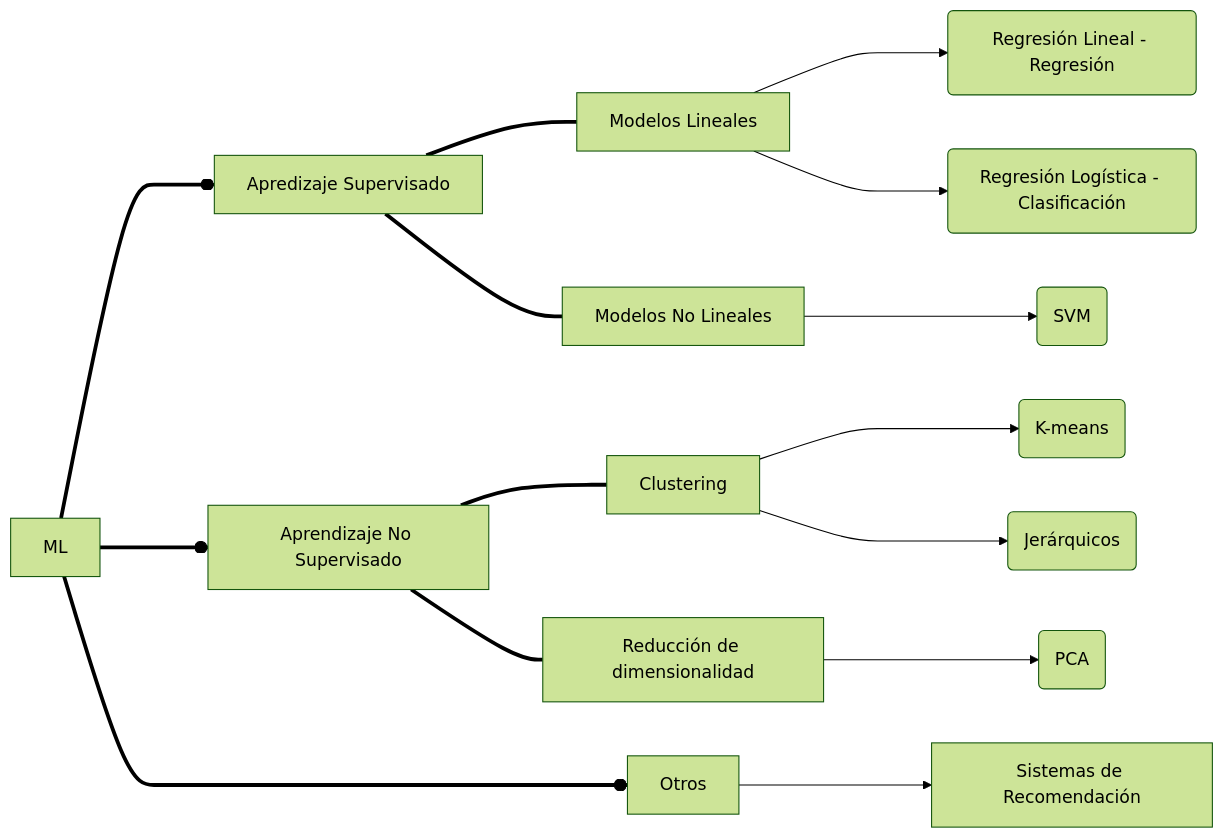
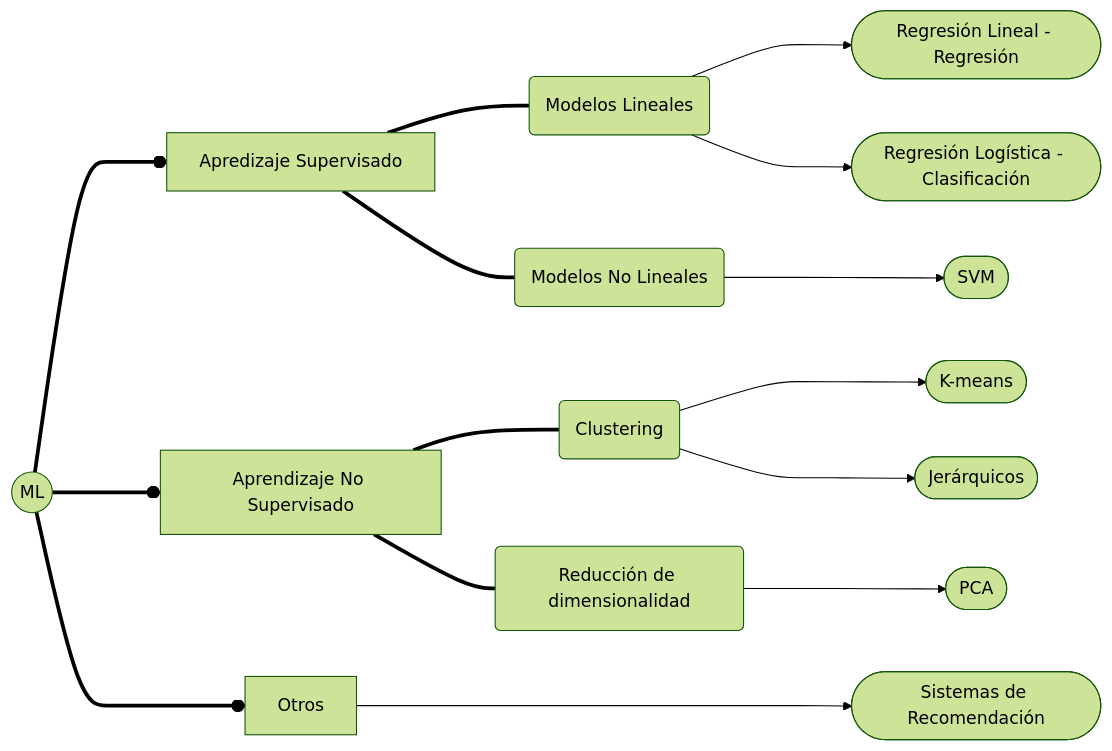
The second of 2 diagrams in 3. ANÁLISIS Y APRENDIZAJE AUTOMÁTICO/3. Machine Learning/1.0 DataScience_&_ML.md (alozk/Master-Big-Data-Analytics), drawn with Mermaid (forest theme) before and after one commit.

Commit message:
Update 1.0 DataScience_&_ML.md

````diff
--- a/3. ANÁLISIS Y APRENDIZAJE AUTOMÁTICO/3. Machine Learning/1.0 DataScience_&_ML.md
+++ b/3. ANÁLISIS Y APRENDIZAJE AUTOMÁTICO/3. Machine Learning/1.0 DataScience_&_ML.md
@@ -73,17 +73,17 @@
 ```mermaid
 flowchart LR
-a[ML] ===o b[Apredizaje Supervisado];
-a[ML] ===o c[Apredizaje No Supervisado];
-c[Aprendizaje No Supervisado] === d[Clustering];
-c[Aprendizaje No Supervisado] === e[Reducción de dimensionalidad];
-a[ML] ====o f[Otros];
-f[Otros] ---> g[Sistemas de Recomendación];
-b[Apredizaje Supervisado] === h[Modelos Lineales]
-b[Apredizaje Supervisado] === i[Modelos No Lineales]
-h[Modelos Lineales] ---> j(Regresión Lineal - Regresión)
-h[Modelos Lineales] ---> k(Regresión Logística - Clasificación)
-i[Modelos No Lineales] ---> l(SVM)
-d[Clustering] ---> m(K-means)
-d[Clustering] ---> n(Jerárquicos)
-e[Reducción de dimensionalidad] ---> o(PCA)
+a((ML)) ===o b[Apredizaje Supervisado];
+a((ML)) ===o c[Apredizaje No Supervisado];
+c[Aprendizaje No Supervisado] === d(Clustering);
+c[Aprendizaje No Supervisado] === e(Reducción de dimensionalidad);
+a((ML)) ===o f[Otros];
+f[Otros] ----> g([Sistemas de Recomendación]);
+b[Apredizaje Supervisado] === h(Modelos Lineales)
+b[Apredizaje Supervisado] === i(Modelos No Lineales)
+h(Modelos Lineales) ---> j([Regresión Lineal - Regresión])
+h(Modelos Lineales) ---> k([Regresión Logística - Clasificación])
+i(Modelos No Lineales) ---> l([SVM])
+d(Clustering) ---> m([K-means])
+d(Clustering) ---> n([Jerárquicos])
+e(Reducción de dimensionalidad) ---> o([PCA])
 ```
````
